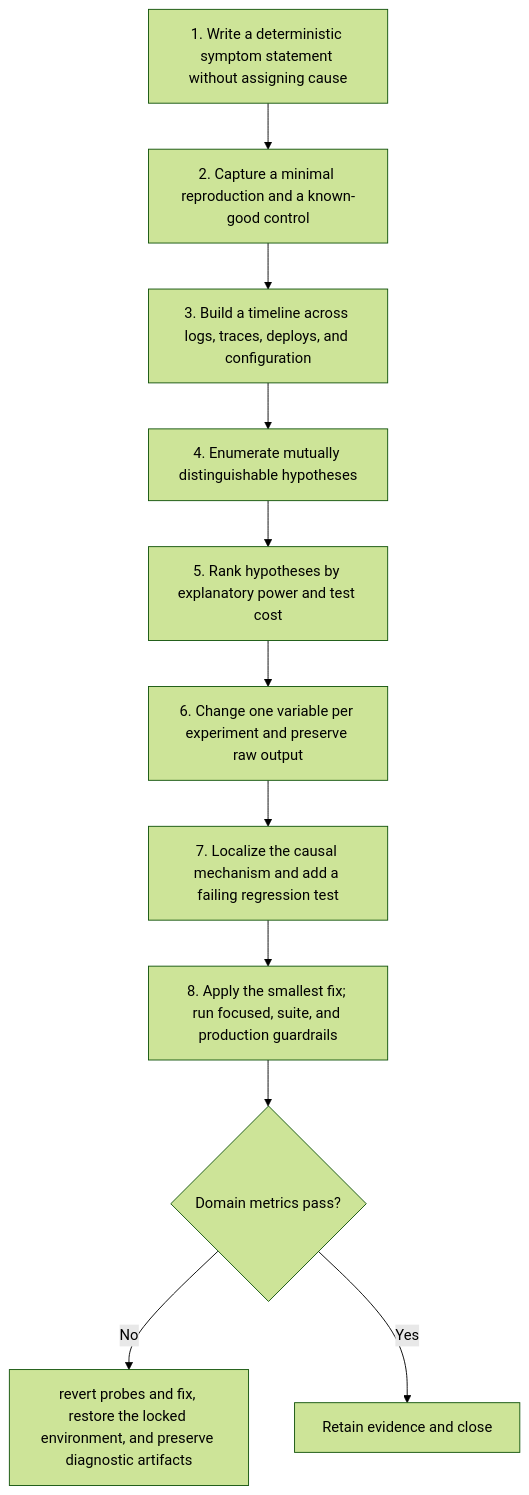
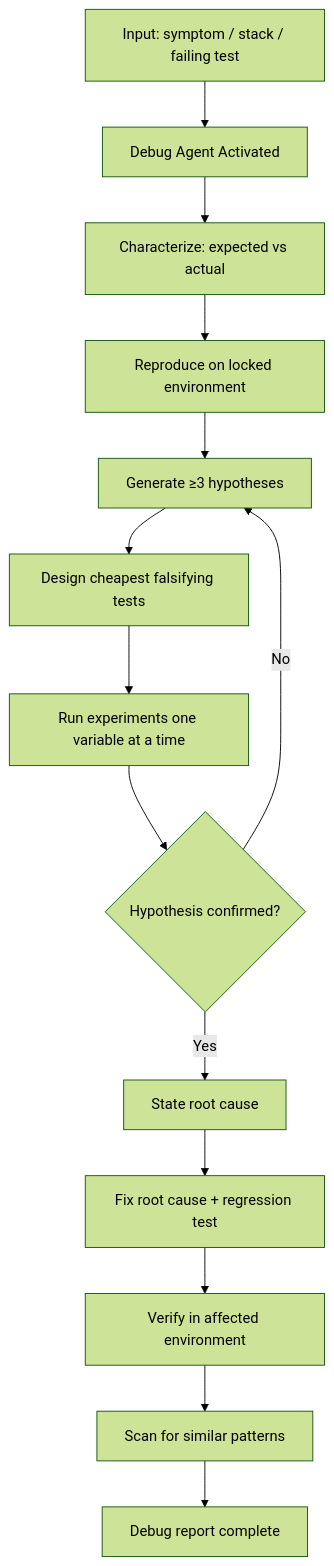
The diagram in content/patterns/debug-pattern/workflow.md (grvmithas/open-ai-engineering-standards), drawn with Mermaid (forest theme) before and after one commit. The commit also changed other lines of this file and 494 other files, not shown here.

````diff
--- a/content/patterns/debug-pattern/workflow.md
+++ b/content/patterns/debug-pattern/workflow.md
@@ -9,14 +11,16 @@
 ```mermaid
 flowchart TD
-  S1[1. Write a deterministic symptom statement without assigning cause] --> S2
-  S2[2. Capture a minimal reproduction and a known-good control] --> S3
-  S3[3. Build a timeline across logs, traces, deploys, and configuration] --> S4
-  S4[4. Enumerate mutually distinguishable hypotheses] --> S5
-  S5[5. Rank hypotheses by explanatory power and test cost] --> S6
-  S6[6. Change one variable per experiment and preserve raw output] --> S7
-  S7[7. Localize the causal mechanism and add a failing regression test] --> S8
-  S8[8. Apply the smallest fix; run focused, suite, and production guardrails]
-  S8 --> V{Domain metrics pass?}
-  V -->|No| R[revert probes and fix, restore the locked environment, and preserve diagnostic artifacts]
-  V -->|Yes| C[Retain evidence and close]
+    A[Input: symptom / stack / failing test] --> B[Debug Agent Activated]
+    B --> C[Characterize: expected vs actual]
+    C --> D[Reproduce on locked environment]
+    D --> E[Generate ≥3 hypotheses]
+    E --> F[Design cheapest falsifying tests]
+    F --> G[Run experiments one variable at a time]
+    G --> H{Hypothesis confirmed?}
+    H -->|No| E
+    H -->|Yes| I[State root cause]
+    I --> J[Fix root cause + regression test]
+    J --> K[Verify in affected environment]
+    K --> L[Scan for similar patterns]
+    L --> M[Debug report complete]
 ```
````
